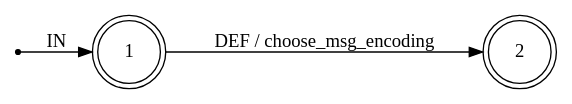
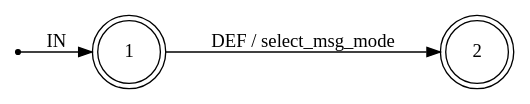
One commit to influxdata/go-syslog changed the diagram in docs/rfc5424_msg.dot. Above: the diagram before and after it, drawn with Graphviz. The commit also changed 1 other file, not shown here.

Commit message:
docs(rfc5424): update msg and RFC5424 dot files

```diff
--- a/docs/rfc5424_msg.dot
+++ b/docs/rfc5424_msg.dot
@@ -1,12 +1,12 @@
 digraph rfc5424 {
 	rankdir=LR;
 	node [ shape = point ];
 	ENTRY;
 	node [ shape = circle, height = 0.2 ];
 	node [ fixedsize = true, height = 0.65, shape = doublecircle ];
 	1;
 	2;
 	node [ shape = circle ];
-	1 -> 2 [ label = "DEF / choose_msg_encoding" ];
+	1 -> 2 [ label = "DEF / select_msg_mode" ];
 	ENTRY -> 1 [ label = "IN" ];
 }
```
